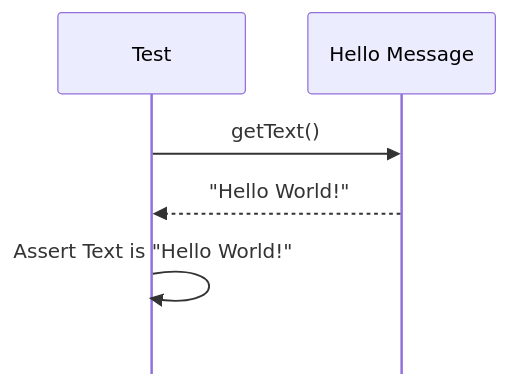
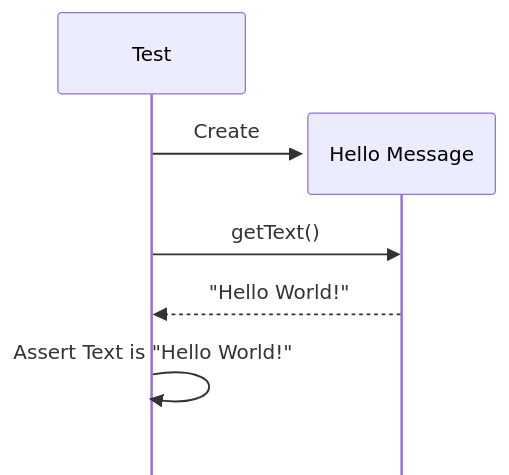
One commit to rogervinas/tests-everywhere changed the second of 3 diagrams in README.md. Above: the diagram before and after it, drawn with Mermaid. The commit also changed other lines of this file, not shown here.

````diff
--- a/README.md
+++ b/README.md
@@ -17,13 +22,10 @@
 ```mermaid
----
-config:
-    diagramMarginX: 50
-    mirrorActors: false
----
+%%{ init: { "sequence": { "mirrorActors": false } } }%%
 sequenceDiagram
   participant Test
-  participant HelloMessage as Hello Message
+  create participant HelloMessage as Hello Message
+  Test ->> HelloMessage: Create
   Test ->> HelloMessage: getText()
   HelloMessage -->> Test: "Hello World!"
   Test ->> Test: Assert Text is "Hello World!"
 ```
````
